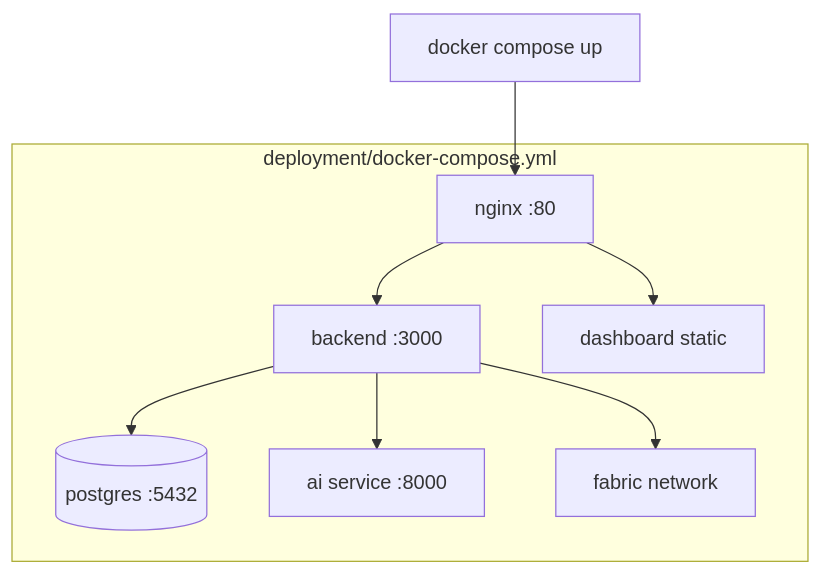
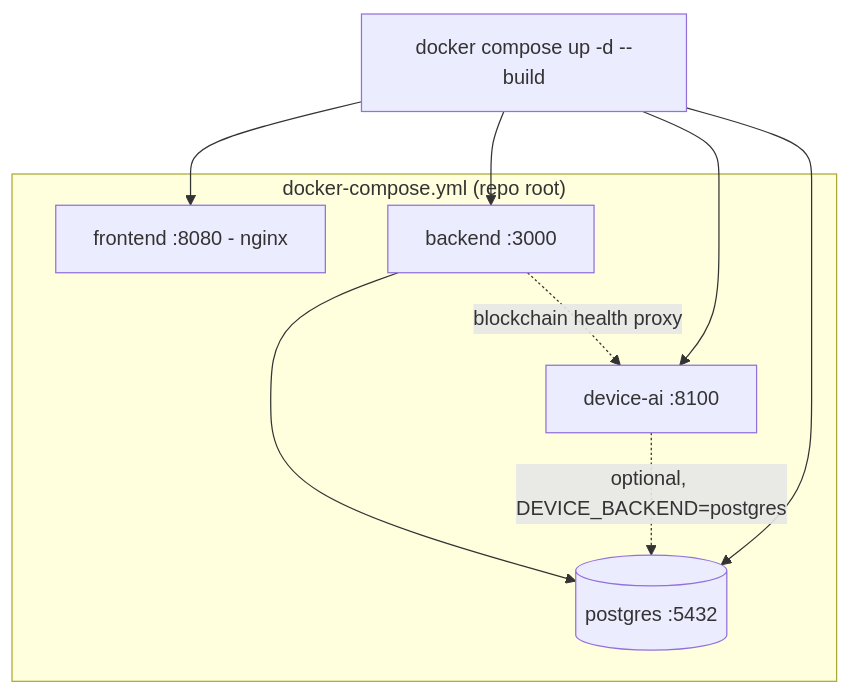
Before and after one commit to Edith-Stark06/Eco-Trace-Warriors: the first of 2 diagrams in docs/engineering/11_DEPLOYMENT.md, drawn with Mermaid. The commit also changed other lines of this file and 3 other files, not shown here.

````diff
--- a/docs/engineering/11_DEPLOYMENT.md
+++ b/docs/engineering/11_DEPLOYMENT.md
@@ -67,18 +75,17 @@
 ```mermaid
 flowchart TB
-    DEVBOX[docker compose up]
-    DEVBOX --> NG[nginx :80]
-    NG --> BE[backend :3000]
-    NG --> DASH[dashboard static]
-    BE --> PG[(postgres :5432)]
-    BE --> AISVC[ai service :8000]
-    BE --> FAB[fabric network]
-    subgraph deployment/docker-compose.yml
-        NG
+    DEVBOX[docker compose up -d --build]
+    DEVBOX --> FE[frontend :8080 - nginx]
+    DEVBOX --> BE[backend :3000]
+    DEVBOX --> AI[device-ai :8100]
+    DEVBOX --> PG[(postgres :5432)]
+    BE --> PG
+    BE -. blockchain health proxy .-> AI
+    AI -. optional, DEVICE_BACKEND=postgres .-> PG
+    subgraph "docker-compose.yml (repo root)"
+        FE
         BE
-        DASH
+        AI
         PG
-        AISVC
-        FAB
     end
 ```
````
